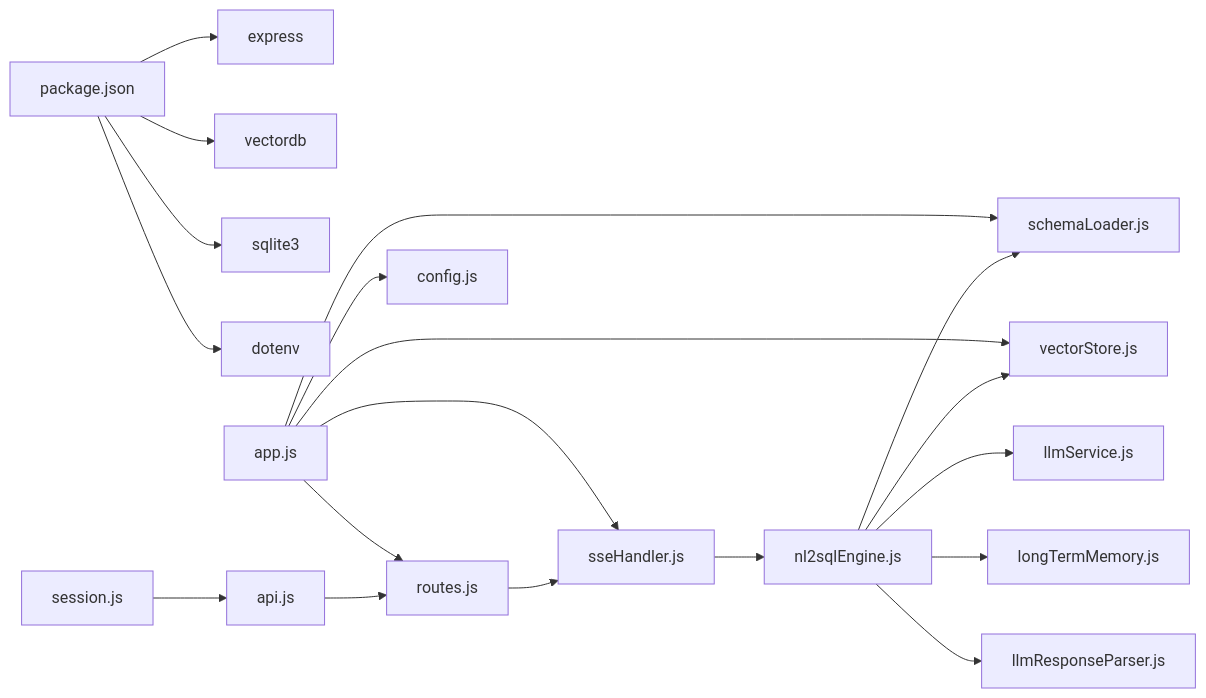
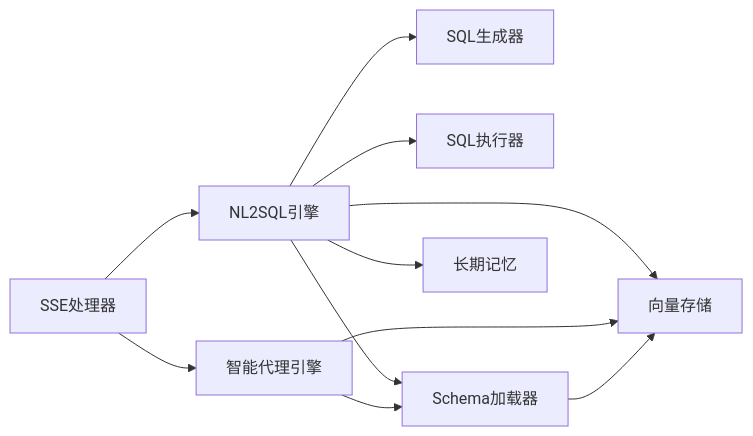
Before and after one commit to HanHuiOnLine/724-office: the eighth of 8 diagrams in NL2SQL/.qoder/repowiki/zh/content/系统架构/数据流设计.md, drawn with Mermaid. The commit also changed other lines of this file and 203 other files, not shown here.

````diff
--- a/NL2SQL/.qoder/repowiki/zh/content/系统架构/数据流设计.md
+++ b/NL2SQL/.qoder/repowiki/zh/content/系统架构/数据流设计.md
@@ -338,21 +314,13 @@
 ```mermaid
 graph LR
-PKG["package.json"] --> EXP["express"]
-PKG --> LDB["vectordb"]
-PKG --> SQL["sqlite3"]
-PKG --> DOT["dotenv"]
-APP["app.js"] --> ROUTES["routes.js"]
-APP --> SSE["sseHandler.js"]
-APP --> SCHEMA["schemaLoader.js"]
-APP --> VEC["vectorStore.js"]
-APP --> CFG["config.js"]
-ROUTES --> SSE
-SSE --> NLE["nl2sqlEngine.js"]
-NLE --> SCHEMA
-NLE --> VEC
-NLE --> LLM["llmService.js"]
-NLE --> LTM["longTermMemory.js"]
-NLE --> LRP["llmResponseParser.js"]
-FE_API["api.js"] --> ROUTES
-FE_STORE["session.js"] --> FE_API
+SSE["SSE处理器"] --> NLE["NL2SQL引擎"]
+SSE --> AGE["智能代理引擎"]
+NLE --> SG["SQL生成器"]
+NLE --> SE["SQL执行器"]
+NLE --> SL["Schema加载器"]
+NLE --> VS["向量存储"]
+NLE --> LTM["长期记忆"]
+AGE --> SL
+AGE --> VS
+SL --> VS
 ```
````
